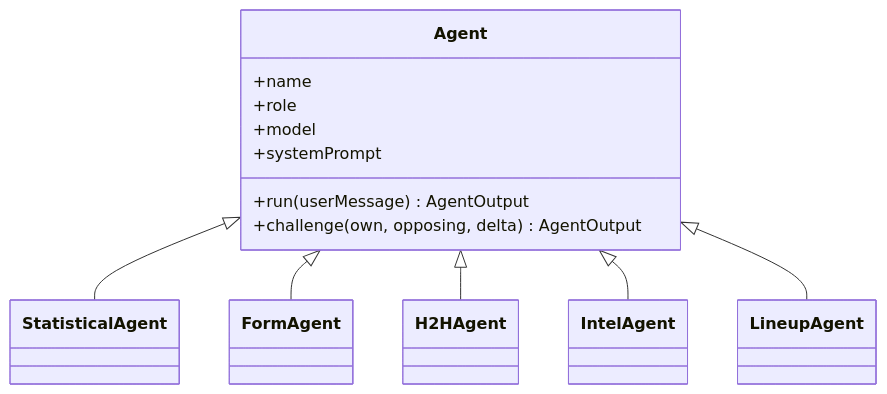
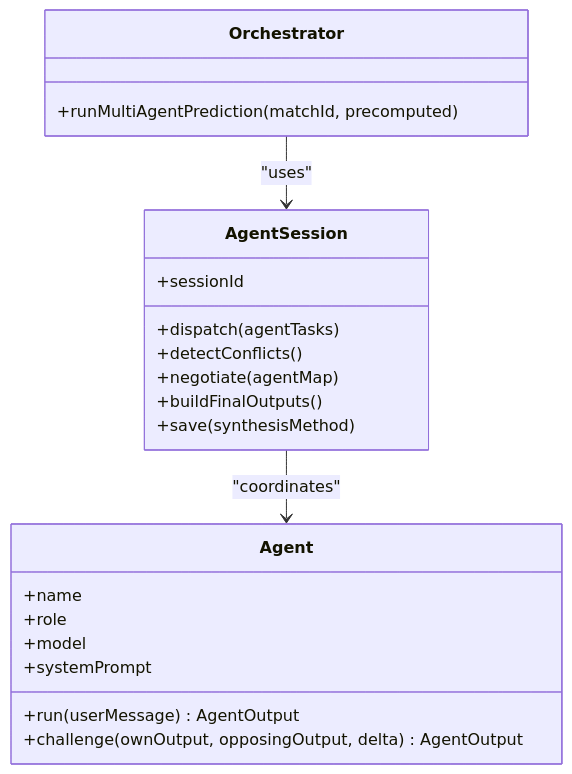
One commit to cheesiong/WC26-qwen changed the sixth of 8 diagrams in .qoder/repowiki/en/content/Prediction Engine/Prediction Engine.md. Above: the diagram before and after it, drawn with Mermaid. The commit also changed other lines of this file and 181 other files, not shown here.

First line of the commit message:
Add Sofascore and Google multi-source lineup scrapers

````diff
--- a/.qoder/repowiki/en/content/Prediction Engine/Prediction Engine.md
+++ b/.qoder/repowiki/en/content/Prediction Engine/Prediction Engine.md
@@ -323,21 +235,24 @@
 ```mermaid
 classDiagram
 class Agent {
 +name
 +role
 +model
 +systemPrompt
 +run(userMessage) AgentOutput
-+challenge(own, opposing, delta) AgentOutput
++challenge(ownOutput, opposingOutput, delta) AgentOutput
 }
-class StatisticalAgent
-class FormAgent
-class H2HAgent
-class IntelAgent
-class LineupAgent
-Agent <|-- StatisticalAgent
-Agent <|-- FormAgent
-Agent <|-- H2HAgent
-Agent <|-- IntelAgent
-Agent <|-- LineupAgent
+class AgentSession {
++sessionId
++dispatch(agentTasks)
++detectConflicts()
++negotiate(agentMap)
++buildFinalOutputs()
++save(synthesisMethod)
+}
+class Orchestrator {
++runMultiAgentPrediction(matchId, precomputed)
+}
+AgentSession --> Agent : "coordinates"
+Orchestrator --> AgentSession : "uses"
 ```
````
